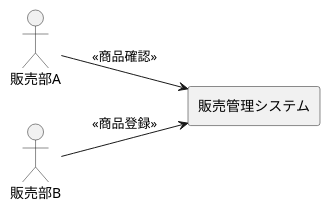
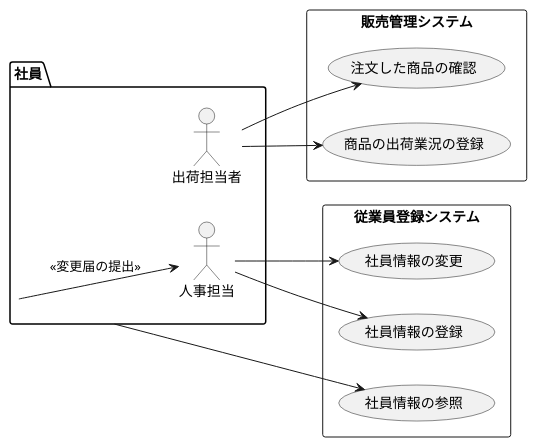
One commit to kenkensan/uml-introduction changed the diagram in 2-5_盛岡商事_販売管理システム.pu. Above: the diagram before and after it, drawn with PlantUML.

Commit message:
演習2-6の作成

```diff
--- a/2-5_盛岡商事_販売管理システム.pu
+++ b/2-5_盛岡商事_販売管理システム.pu
@@ -1,12 +1,25 @@
 @startuml 演習2-4
 left to right direction
-actor 販売部A
-actor 販売部B
+package 社員{
+actor 出荷担当者
+actor 人事担当
+}
 
 
 rectangle 販売管理システム{
+usecase 注文した商品の確認
+usecase 商品の出荷業況の登録
+}
+rectangle 従業員登録システム{
+usecase 社員情報の変更
+usecase 社員情報の登録
+usecase 社員情報の参照
+}
+出荷担当者 -->注文した商品の確認
+出荷担当者 -->商品の出荷業況の登録
+人事担当 -->社員情報の登録
+人事担当 -->社員情報の変更
+社員 -->社員情報の参照
+社員 -->人事担当 :<<変更届の提出>>
 
-}
-販売部A -->販売管理システム :<<商品確認>>
-販売部B -->販売管理システム :<<商品登録>>
 @enduml
```
